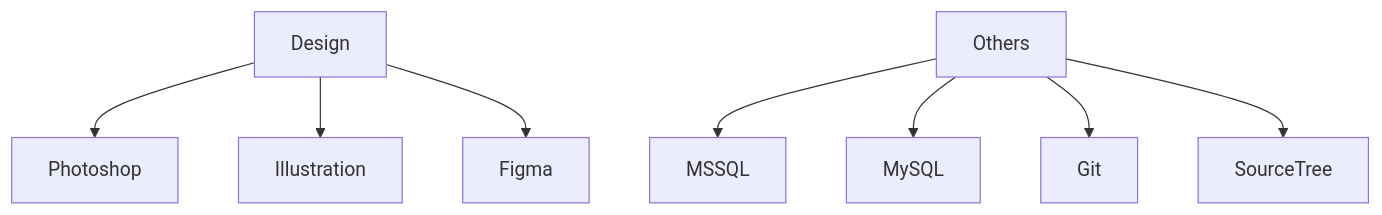
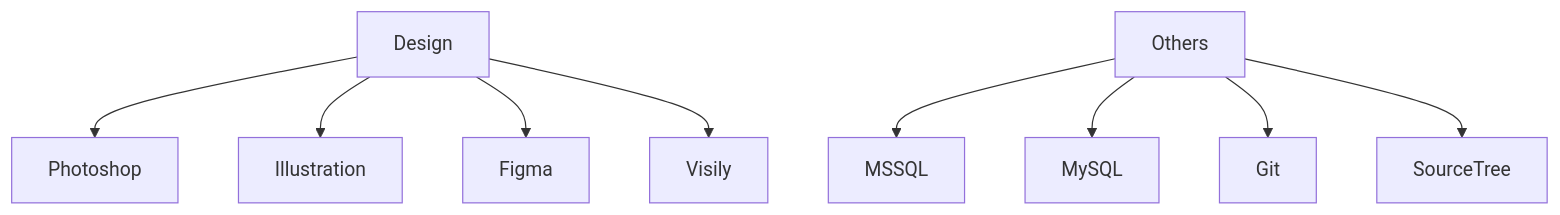
The second of 2 diagrams in README.md (LuongXuanNhat/LuongXuanNhat), drawn with Mermaid before and after one commit.

````diff
--- a/README.md
+++ b/README.md
@@ -34,10 +34,11 @@
 ```mermaid
 graph TD;
     Design-->Photoshop;
     Design-->Illustration;
     Design-->Figma;
+    Design-->Visily;
     Others-->MSSQL;
     Others-->MySQL;
     Others-->Git;
     Others-->SourceTree;
 ```  
````
